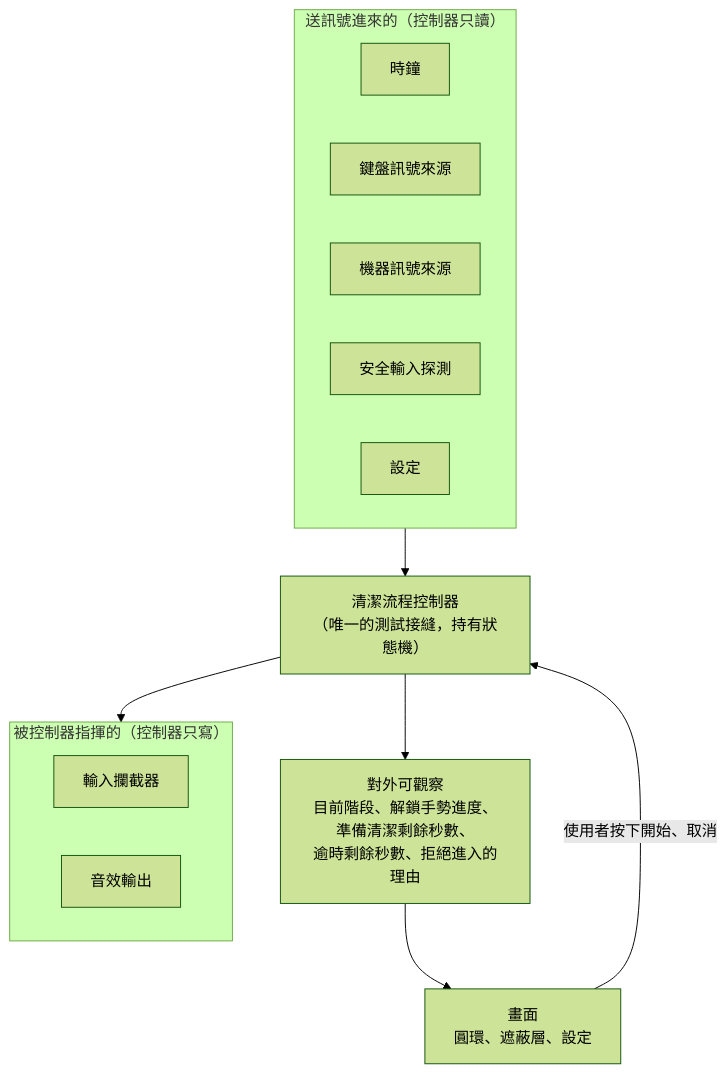
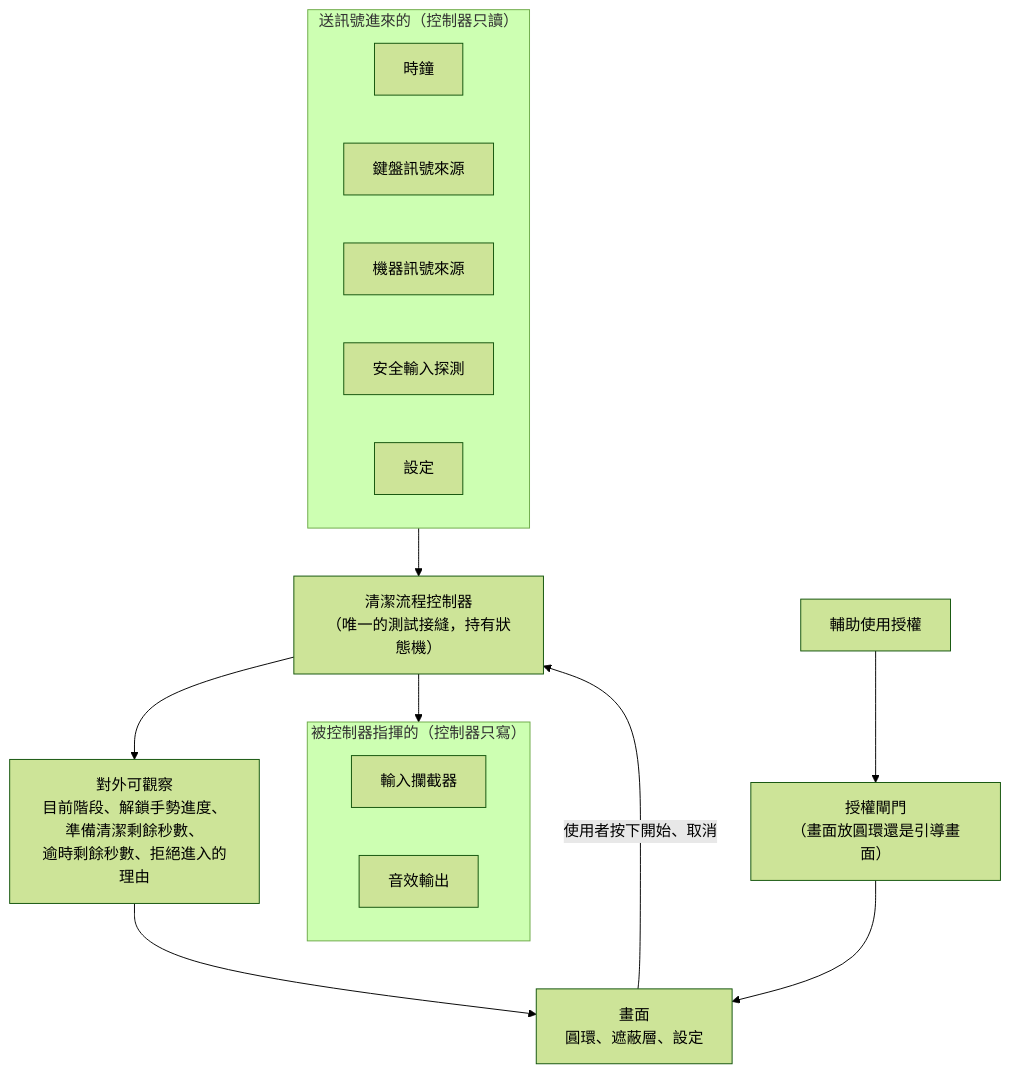
One commit to GOP9632/CleanMacKeyboard changed the diagram in docs/seams.md. Above: the diagram before and after it, drawn with Mermaid (forest theme). The commit also changed other lines of this file and 17 other files, not shown here.

````diff
--- a/docs/seams.md
+++ b/docs/seams.md
@@ -29,27 +31,30 @@
 ```mermaid
 flowchart TD
     UI["畫面<br/>圓環、遮蔽層、設定"]
 
     subgraph inputs["送訊號進來的（控制器只讀）"]
         CLOCK["時鐘"]
         KEY["鍵盤訊號來源"]
         MACHINE["機器訊號來源"]
         SECURE["安全輸入探測"]
         PREFS["設定"]
     end
 
     CTRL["清潔流程控制器<br/>（唯一的測試接縫，持有狀態機）"]
 
     subgraph outputs["被控制器指揮的（控制器只寫）"]
         TAP["輸入攔截器"]
         SOUND["音效輸出"]
     end
 
     OBS["對外可觀察<br/>目前階段、解鎖手勢進度、準備清潔剩餘秒數、<br/>逾時剩餘秒數、拒絕進入的理由"]
 
+    AUTH["輔助使用授權"] --> GATE["授權閘門<br/>（畫面放圓環還是引導畫面）"]
+
     UI -->|使用者按下開始、取消| CTRL
     inputs --> CTRL
     CTRL --> outputs
     CTRL --> OBS
     OBS --> UI
+    GATE --> UI
 ```
````
